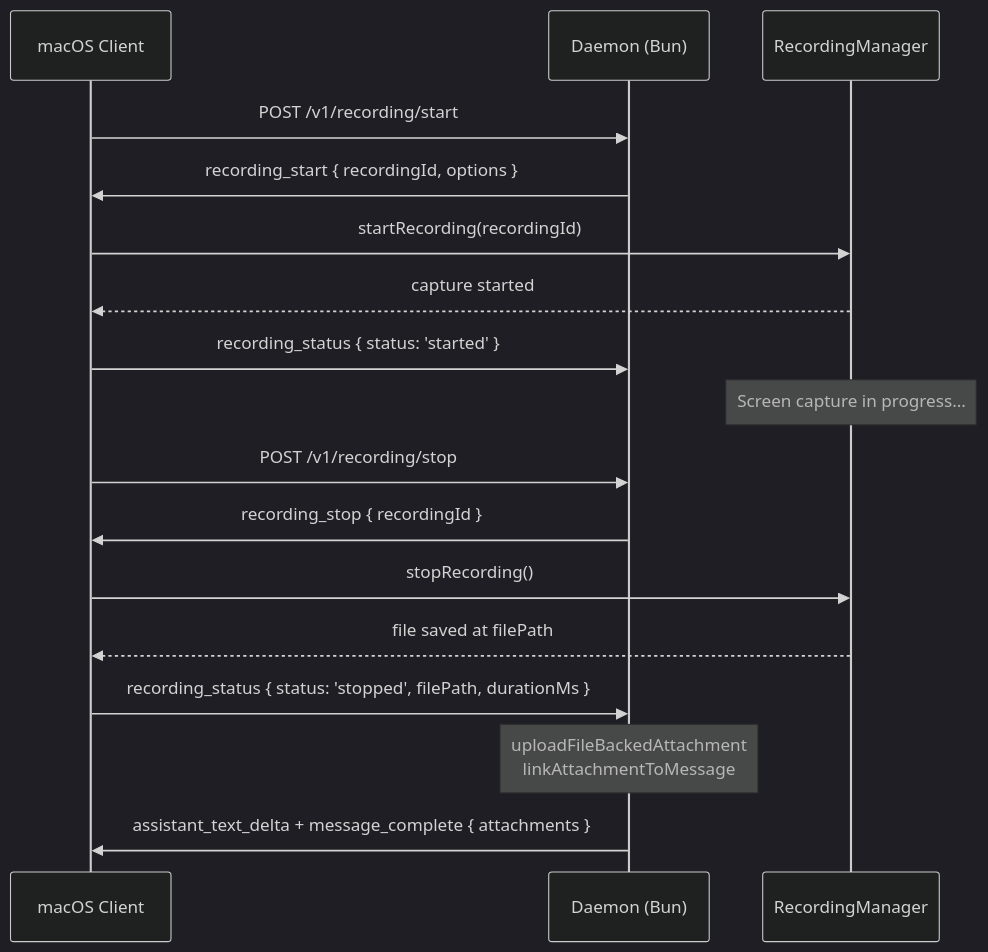
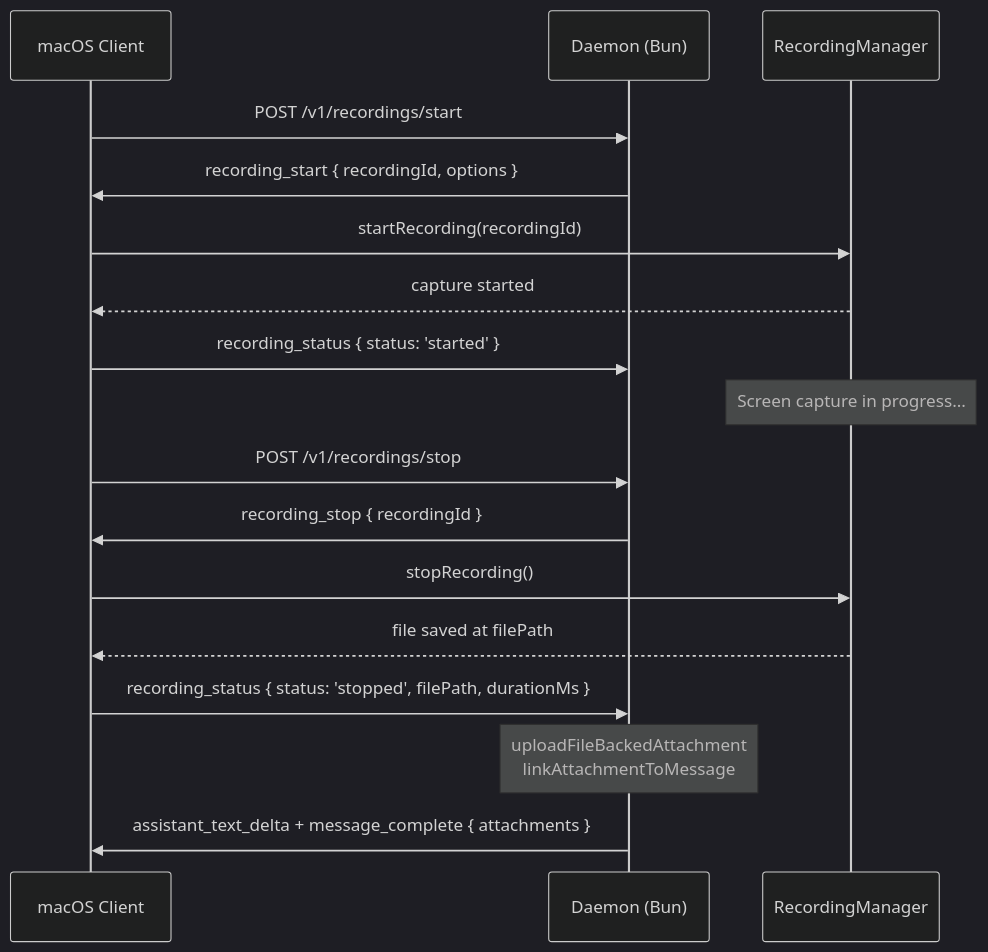
The third of 6 diagrams in clients/ARCHITECTURE.md (vellum-ai/vellum-assistant), drawn with Mermaid (dark theme) before and after one commit. The commit also changed other lines of this file and 1 other file, not shown here.

Commit message:
fix: update recording docs to match current HTTP endpoint paths and remove deleted resolveRecordingIntent references
Addresses review feedback from PR #15002:
- Fix /v1/recording/* to /v1/recordings/* (plural) in clients/ARCHITECTURE.md
- Remove stale resolveRecordingIntent pipeline docs from skills/screen-recording/SKILL.md
- Replace with current HTTP endpoint documentation

````diff
--- a/clients/ARCHITECTURE.md
+++ b/clients/ARCHITECTURE.md
@@ -236,23 +236,23 @@
 ```mermaid
 sequenceDiagram
     participant Client as macOS Client
     participant Daemon as Daemon (Bun)
     participant RM as RecordingManager
 
-    Client->>Daemon: POST /v1/recording/start
+    Client->>Daemon: POST /v1/recordings/start
     Daemon->>Client: recording_start { recordingId, options }
     Client->>RM: startRecording(recordingId)
     RM-->>Client: capture started
     Client->>Daemon: recording_status { status: 'started' }
 
     Note over RM: Screen capture in progress...
 
-    Client->>Daemon: POST /v1/recording/stop
+    Client->>Daemon: POST /v1/recordings/stop
     Daemon->>Client: recording_stop { recordingId }
     Client->>RM: stopRecording()
     RM-->>Client: file saved at filePath
     Client->>Daemon: recording_status { status: 'stopped', filePath, durationMs }
 
     Note over Daemon: uploadFileBackedAttachment<br/>linkAttachmentToMessage
     Daemon->>Client: assistant_text_delta + message_complete { attachments }
 ```
````
